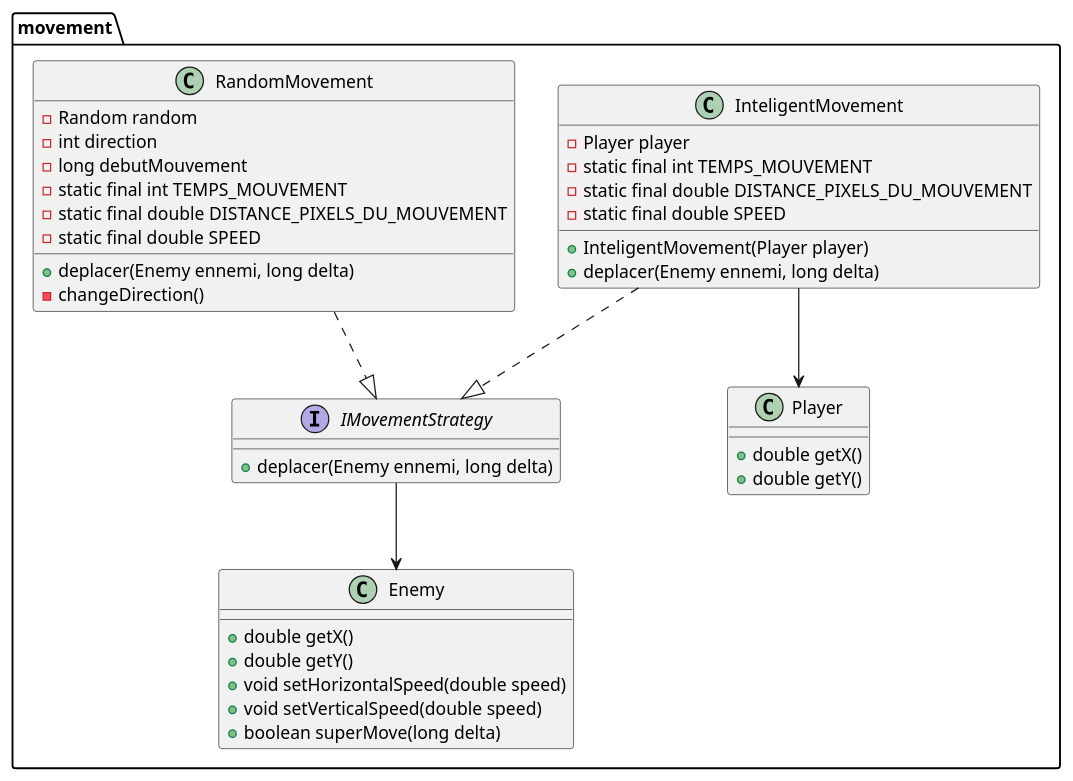
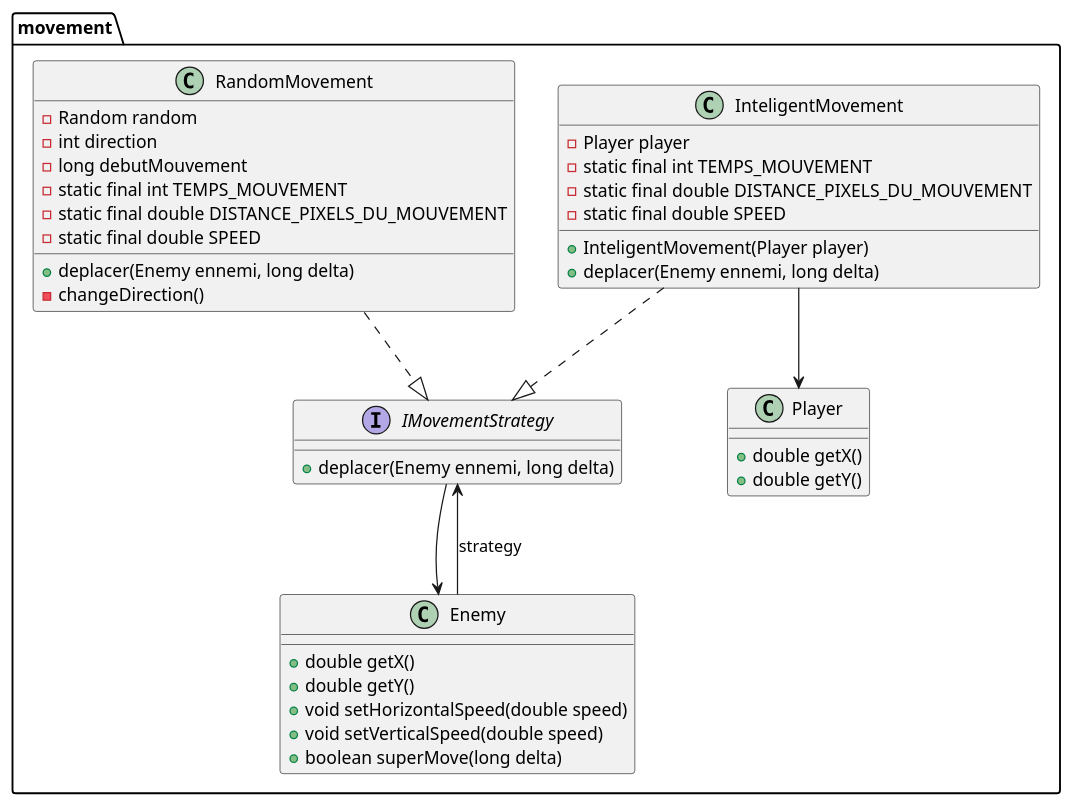
One commit to MatheoDalmasso/Bomberman changed the diagram in src/main/java/fr/univartois/butinfo/r304/bomberman/model/movables/enemy/movement/movementPUML.puml. Above: the diagram before and after it, drawn with PlantUML. The commit also changed 1 other file, not shown here.

```diff
--- a/src/main/java/fr/univartois/butinfo/r304/bomberman/model/movables/enemy/movement/movementPUML.puml
+++ b/src/main/java/fr/univartois/butinfo/r304/bomberman/model/movables/enemy/movement/movementPUML.puml
@@ -1,48 +1,49 @@
 @startuml
 package movement {
 
   interface IMovementStrategy {
     +deplacer(Enemy ennemi, long delta)
   }
 
   class InteligentMovement {
     - Player player
     - static final int TEMPS_MOUVEMENT
     - static final double DISTANCE_PIXELS_DU_MOUVEMENT
     - static final double SPEED
     + InteligentMovement(Player player)
     + deplacer(Enemy ennemi, long delta)
   }
 
   class RandomMovement {
     - Random random
     - int direction
     - long debutMouvement
     - static final int TEMPS_MOUVEMENT
     - static final double DISTANCE_PIXELS_DU_MOUVEMENT
     - static final double SPEED
     + deplacer(Enemy ennemi, long delta)
     - changeDirection()
   }
 
   InteligentMovement ..|> IMovementStrategy
   RandomMovement ..|> IMovementStrategy
 
   class Enemy {
     +double getX()
     +double getY()
     +void setHorizontalSpeed(double speed)
     +void setVerticalSpeed(double speed)
     +boolean superMove(long delta)
   }
 
   class Player {
     +double getX()
     +double getY()
   }
 
   IMovementStrategy --> Enemy
   InteligentMovement --> Player
+  Enemy --> IMovementStrategy : "strategy"
 }
 
 @enduml
```
